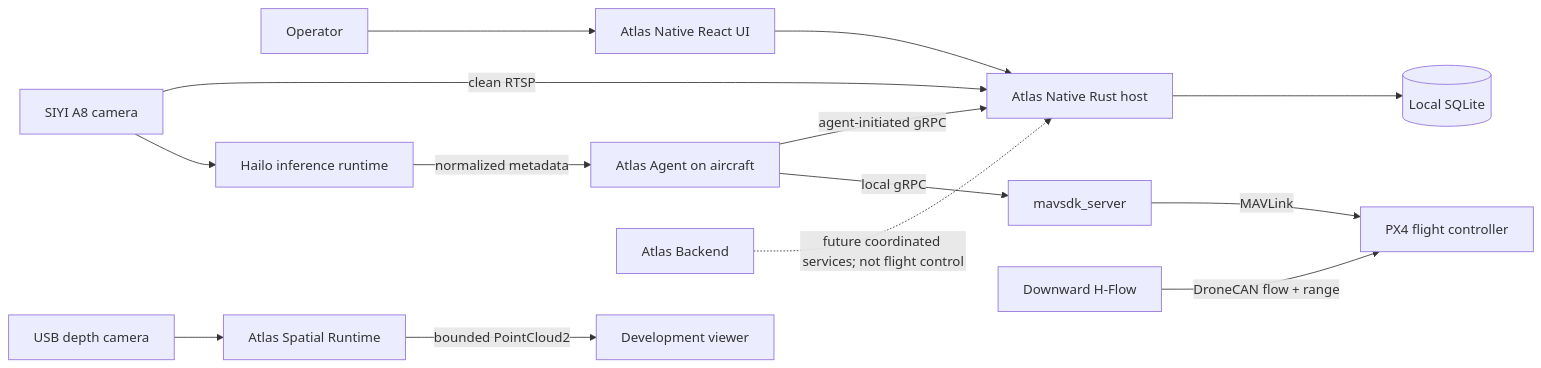
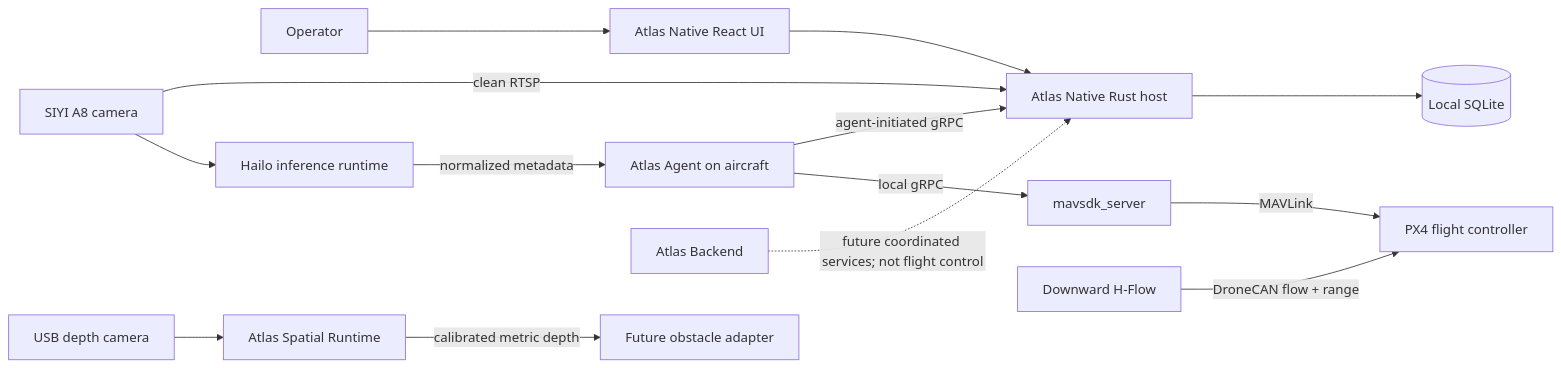
Before and after one commit to mofe64/atlas: the diagram in docs/README.md, drawn with Mermaid. The commit also changed other lines of this file and 144 other files, not shown here.

````diff
--- a/docs/README.md
+++ b/docs/README.md
@@ -11,16 +11,16 @@
 ```mermaid
 flowchart LR
     Operator["Operator"] --> UI["Atlas Native React UI"]
     UI --> Host["Atlas Native Rust host"]
     Host --> SQLite[("Local SQLite")]
     Agent["Atlas Agent on aircraft"] -->|"agent-initiated gRPC"| Host
     Agent -->|"local gRPC"| MAVSDK["mavsdk_server"]
     MAVSDK -->|"MAVLink"| PX4["PX4 flight controller"]
     HFlow["Downward H-Flow"] -->|"DroneCAN flow + range"| PX4
     Camera["SIYI A8 camera"] -->|"clean RTSP"| Host
     Camera --> Inference["Hailo inference runtime"]
     Inference -->|"normalized metadata"| Agent
     DepthCamera["USB depth camera"] --> Spatial["Atlas Spatial Runtime"]
-    Spatial -->|"bounded PointCloud2"| Viewer["Development viewer"]
+    Spatial -->|"calibrated metric depth"| FutureAvoidance["Future obstacle adapter"]
     Backend["Atlas Backend"] -. "future coordinated services; not flight control" .-> Host
 ```
````
